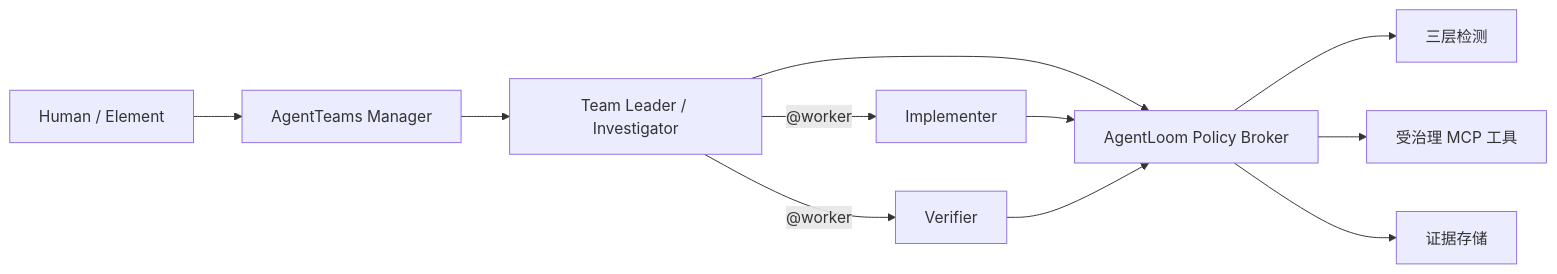
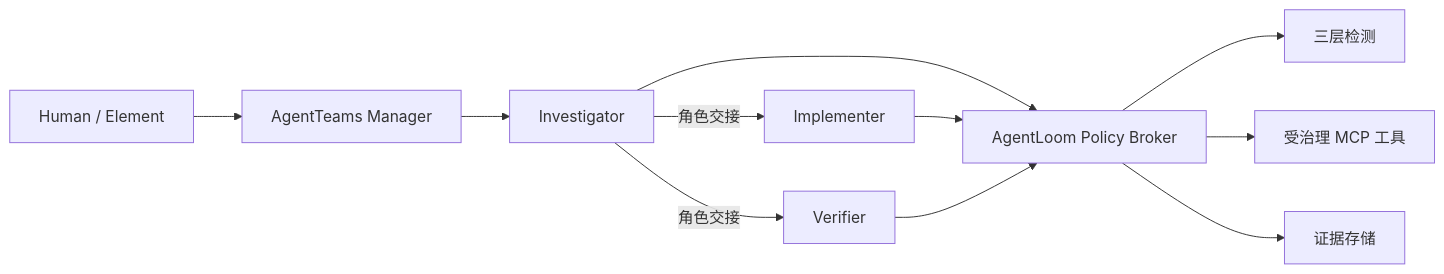
Before and after one commit to WilliamClifton-dev/AgentLoom: the diagram in README.zh-CN.md, drawn with Mermaid. The commit also changed other lines of this file and 6 other files, not shown here.

````diff
--- a/README.zh-CN.md
+++ b/README.zh-CN.md
@@ -26,13 +26,13 @@
 ```mermaid
 flowchart LR
     Human["Human / Element"] --> Manager["AgentTeams Manager"]
-    Manager --> Leader["Team Leader / Investigator"]
-    Leader -->|"@worker"| Implementer["Implementer"]
-    Leader -->|"@worker"| Verifier["Verifier"]
-    Leader --> Broker["AgentLoom Policy Broker"]
+    Manager --> Investigator["Investigator"]
+    Investigator -->|"角色交接"| Implementer["Implementer"]
+    Investigator -->|"角色交接"| Verifier["Verifier"]
+    Investigator --> Broker["AgentLoom Policy Broker"]
     Implementer --> Broker
     Verifier --> Broker
     Broker --> Detect["三层检测"]
     Broker --> MCP["受治理 MCP 工具"]
     Broker --> Evidence["证据存储"]
 ```
````
